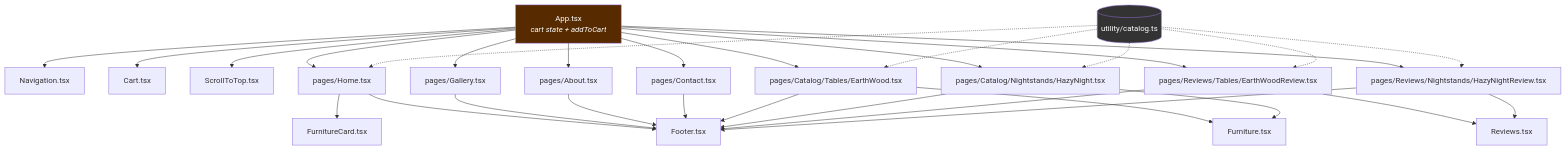
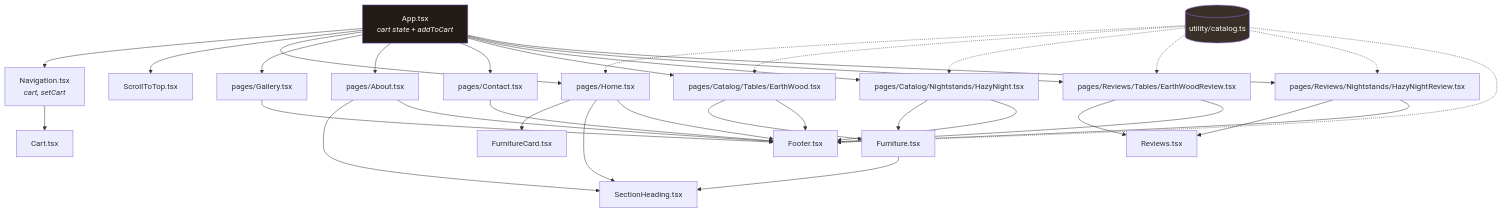
One commit to JoshuaM04/carpentry-website changed the diagram in WoodWork Vault/Docs/03 - Component Network.md. Above: the diagram before and after it, drawn with Mermaid. The commit also changed other lines of this file and 12 other files, not shown here.

````diff
--- a/WoodWork Vault/Docs/03 - Component Network.md
+++ b/WoodWork Vault/Docs/03 - Component Network.md
@@ -11,42 +11,47 @@
 ```mermaid
 flowchart TD
     App[App.tsx<br/><i>cart state + addToCart</i>]
 
-    App --> Nav[Navigation.tsx]
-    App --> Cart[Cart.tsx]
+    App --> Nav[Navigation.tsx<br/><i>cart, setCart</i>]
     App --> STT[ScrollToTop.tsx]
+
+    Nav --> Cart[Cart.tsx]
 
     App --> Home[pages/Home.tsx]
     App --> Gallery[pages/Gallery.tsx]
     App --> About[pages/About.tsx]
     App --> Contact[pages/Contact.tsx]
     App --> EW[pages/Catalog/Tables/EarthWood.tsx]
     App --> HN[pages/Catalog/Nightstands/HazyNight.tsx]
     App --> EWR[pages/Reviews/Tables/EarthWoodReview.tsx]
     App --> HNR[pages/Reviews/Nightstands/HazyNightReview.tsx]
 
     Home --> FC[FurnitureCard.tsx]
+    Home --> SH[SectionHeading.tsx]
+    About --> SH
     Home --> F1[Footer.tsx]
     Gallery --> F1
     About --> F1
     Contact --> F1
 
     EW --> Furn[Furniture.tsx]
     HN --> Furn
+    Furn --> SH
     EW --> F1
     HN --> F1
 
     EWR --> Rev[Reviews.tsx]
     HNR --> Rev
     EWR --> F1
     HNR --> F1
 
     Cat[(utility/catalog.ts)] -.-> Home
     Cat -.-> EW
     Cat -.-> HN
     Cat -.-> EWR
     Cat -.-> HNR
+    Cat -.-> F1
 
-    style App fill:#572a00,color:#fff
-    style Cat fill:#333,color:#fff
+    style App fill:#221B16,color:#F7F4EE
+    style Cat fill:#3A302A,color:#F7F4EE
 ```
````
